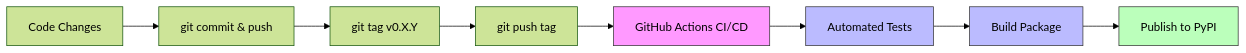
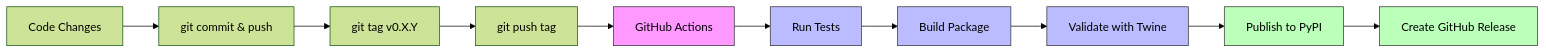
The diagram in CONTRIBUTING.md (GAIK-project/toolkit-shared-components), drawn with Mermaid (forest theme) before and after one commit. The commit also changed other lines of this file, not shown here.

````diff
--- a/CONTRIBUTING.md
+++ b/CONTRIBUTING.md
@@ -133,15 +144,19 @@
 ```mermaid
 flowchart LR
     A[Code Changes] --> B[git commit & push]
     B --> C[git tag v0.X.Y]
     C --> D[git push tag]
-    D --> E[GitHub Actions CI/CD]
-    E --> F[Automated Tests]
+    D --> E[GitHub Actions]
+    E --> F[Run Tests]
     F --> G[Build Package]
-    G --> H[Publish to PyPI]
+    G --> H[Validate with Twine]
+    H --> I[Publish to PyPI]
+    I --> J[Create GitHub Release]
 
     style E fill:#f9f,stroke:#333
     style F fill:#bbf,stroke:#333
     style G fill:#bbf,stroke:#333
-    style H fill:#bfb,stroke:#333
+    style H fill:#bbf,stroke:#333
+    style I fill:#bfb,stroke:#333
+    style J fill:#bfb,stroke:#333
 ```
````
